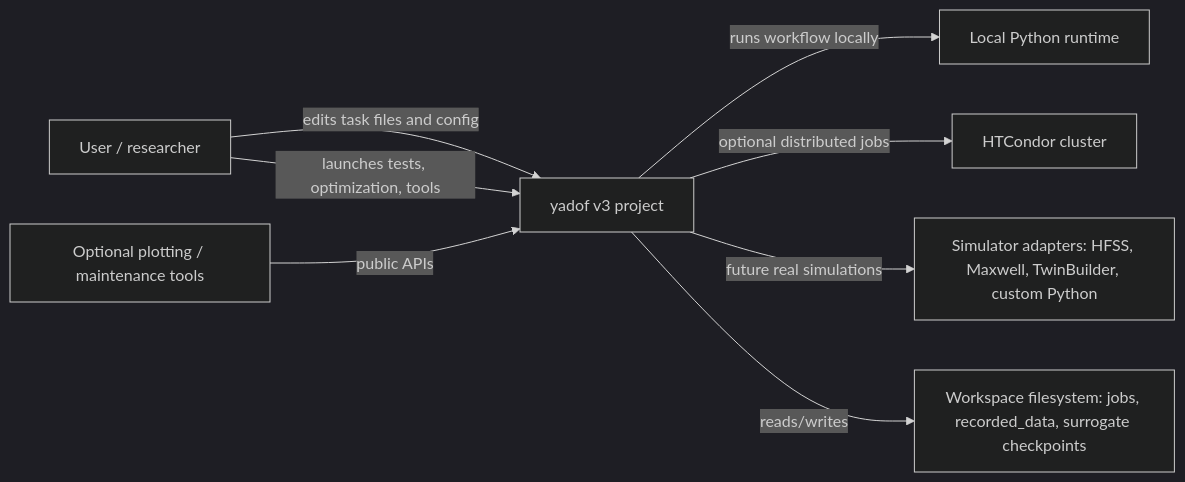
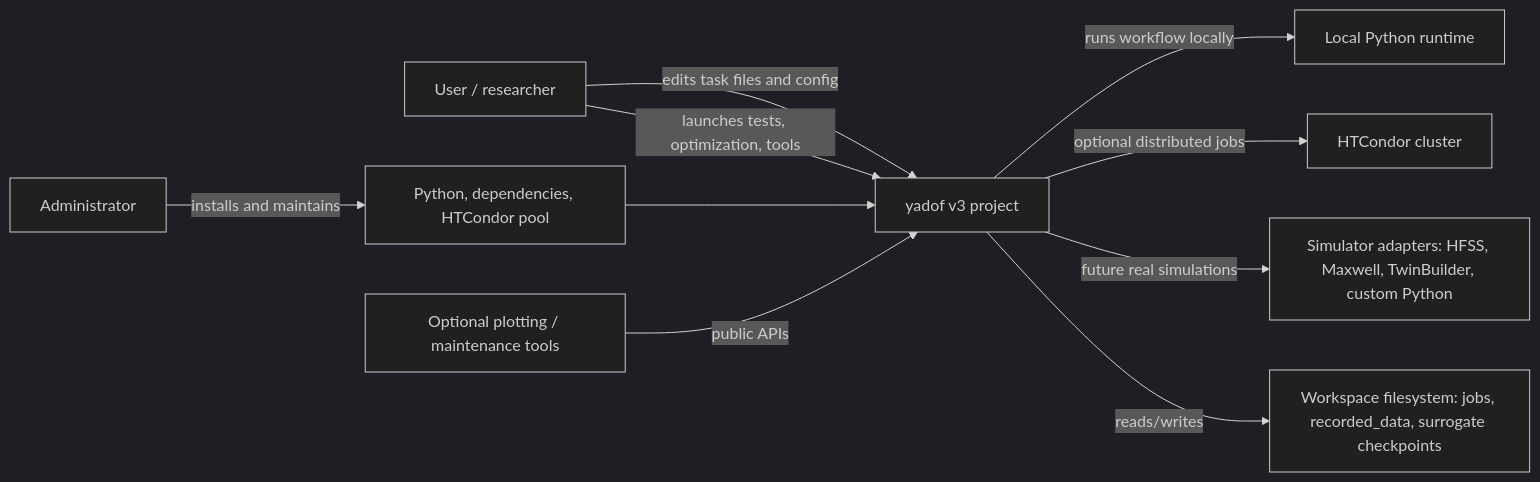
Before and after one commit to YS-Pan/yadof: the diagram in dev_doc/architecture/c4_context.md, drawn with Mermaid (dark theme). The commit also changed other lines of this file and 49 other files, not shown here.

````diff
--- a/dev_doc/architecture/c4_context.md
+++ b/dev_doc/architecture/c4_context.md
@@ -8,10 +8,12 @@
 ```mermaid
 flowchart LR
     User["User / researcher"] -->|edits task files and config| Yadof["yadof v3 project"]
     User -->|launches tests, optimization, tools| Yadof
+    Administrator["Administrator"] -->|installs and maintains| Environment["Python, dependencies, HTCondor pool"]
+    Environment --> Yadof
     Yadof -->|runs workflow locally| Python["Local Python runtime"]
     Yadof -->|optional distributed jobs| HTCondor["HTCondor cluster"]
     Yadof -->|future real simulations| Simulator["Simulator adapters: HFSS, Maxwell, TwinBuilder, custom Python"]
     Yadof -->|reads/writes| FS["Workspace filesystem: jobs, recorded_data, surrogate checkpoints"]
     Tools["Optional plotting / maintenance tools"] -->|public APIs| Yadof
 ```
````
